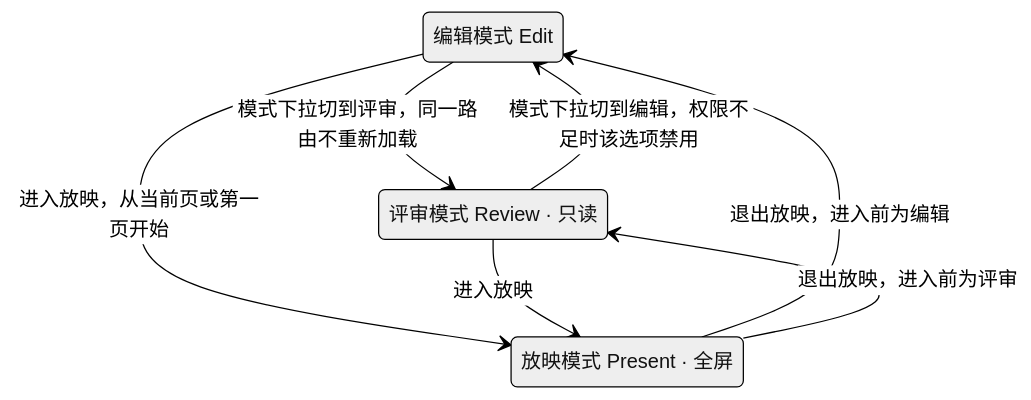
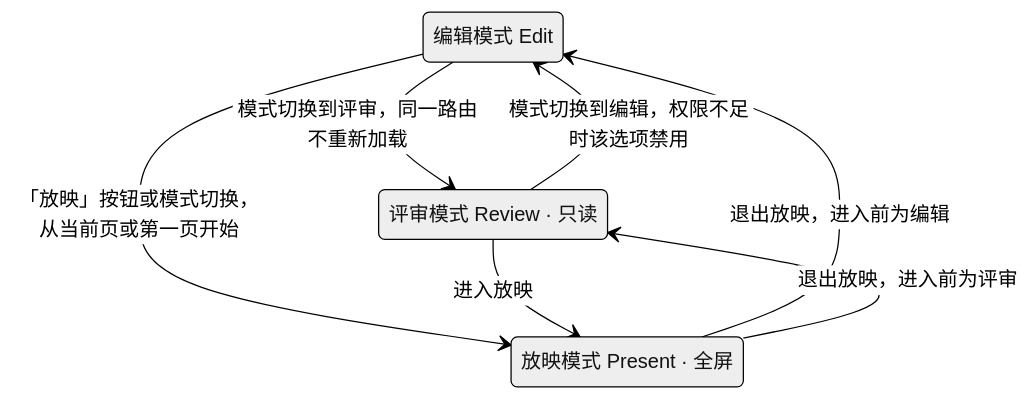
One commit to Xeonice/cordis-ppt-editor changed the third of 7 diagrams in docs/20-design/01-information-architecture.md. Above: the diagram before and after it, drawn with Mermaid (neutral theme). The commit also changed other lines of this file and 44 other files, not shown here.

````diff
--- a/docs/20-design/01-information-architecture.md
+++ b/docs/20-design/01-information-architecture.md
@@ -209,12 +241,12 @@
 ```mermaid
 stateDiagram-v2
   state "编辑模式 Edit" as edit
   state "评审模式 Review · 只读" as review
   state "放映模式 Present · 全屏" as present
-  edit --> review : 模式下拉切到评审，同一路由不重新加载
-  review --> edit : 模式下拉切到编辑，权限不足时该选项禁用
-  edit --> present : 进入放映，从当前页或第一页开始
+  edit --> review : 模式切换到评审，同一路由不重新加载
+  review --> edit : 模式切换到编辑，权限不足时该选项禁用
+  edit --> present : 「放映」按钮或模式切换，从当前页或第一页开始
   review --> present : 进入放映
   present --> edit : 退出放映，进入前为编辑
   present --> review : 退出放映，进入前为评审
 ```
````
